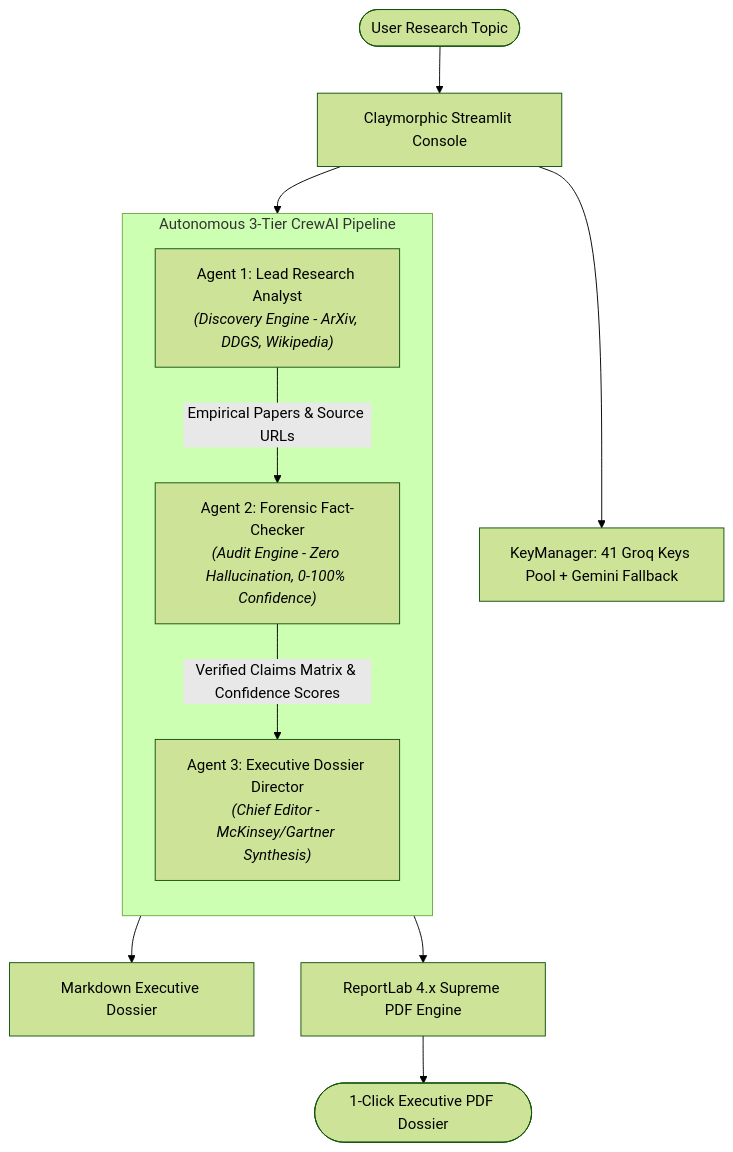
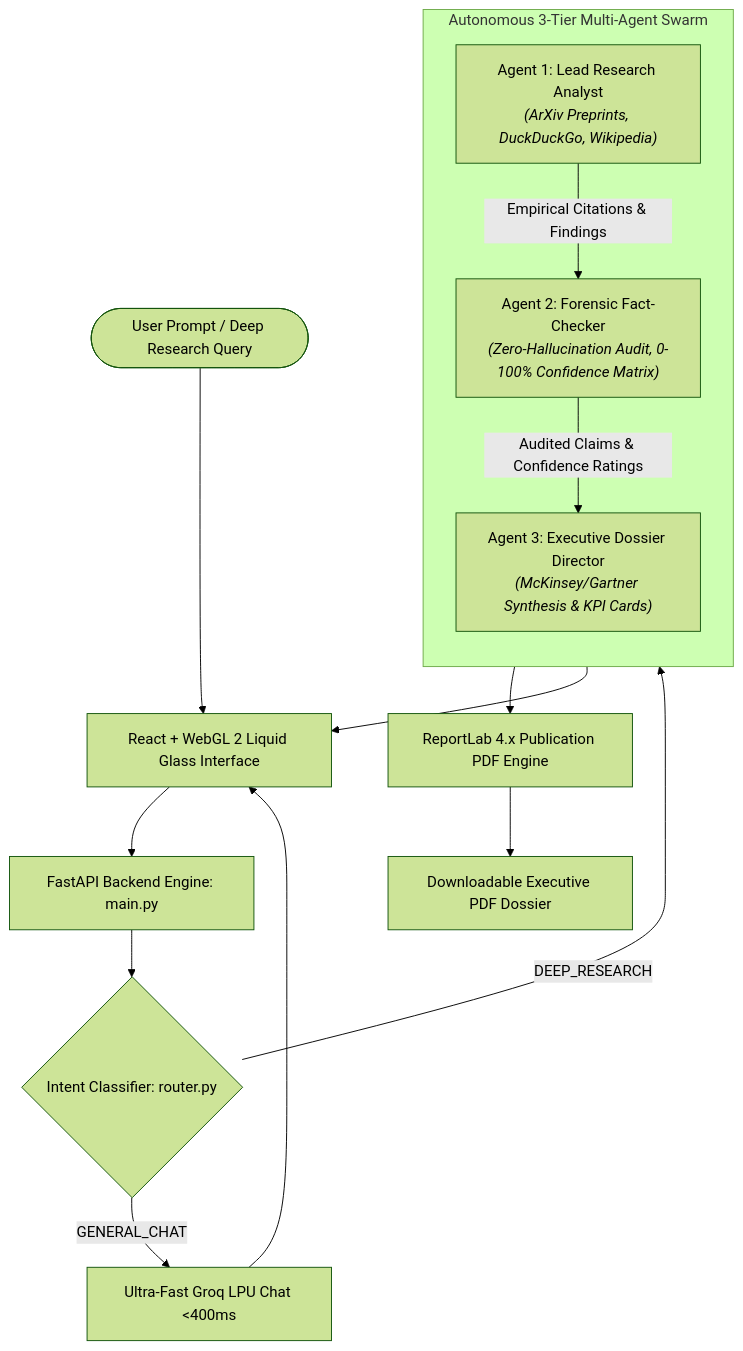
Before and after one commit to devanshd07o/HCL_VERAXIS_DEVANSH: the diagram in README.md, drawn with Mermaid (forest theme). The commit also changed other lines of this file and 23 other files, not shown here.

Commit message:
refactor(arch): adopt industry standard monorepo with backend, frontend, assets, helper, test suite, and unified main launcher

````diff
--- a/README.md
+++ b/README.md
@@ -24,20 +19,26 @@
 ```mermaid
 flowchart TD
-    User([User Research Topic]) --> Console[Claymorphic Streamlit Console]
-    Console --> KeyMgr[KeyManager: 41 Groq Keys Pool + Gemini Fallback]
+    User([User Prompt / Deep Research Query]) --> UI[React + WebGL 2 Liquid Glass Interface]
+    UI --> FastAPIEngine[FastAPI Backend Engine: main.py]
     
-    subgraph MultiAgentCrew [Autonomous 3-Tier CrewAI Pipeline]
+    FastAPIEngine --> Router{Intent Classifier: router.py}
+    
+    Router -->|GENERAL_CHAT| FastChat[Ultra-Fast Groq LPU Chat <400ms]
+    FastChat --> UI
+    
+    Router -->|DEEP_RESEARCH| MultiAgentCrew[Autonomous 3-Tier CrewAI Pipeline]
+    
+    subgraph MultiAgentCrew [Autonomous 3-Tier Multi-Agent Swarm]
         direction TB
-        Agent1["Agent 1: Lead Research Analyst<br/><i>(Discovery Engine - ArXiv, DDGS, Wikipedia)</i>"]
-        Agent2["Agent 2: Forensic Fact-Checker<br/><i>(Audit Engine - Zero Hallucination, 0-100% Confidence)</i>"]
-        Agent3["Agent 3: Executive Dossier Director<br/><i>(Chief Editor - McKinsey/Gartner Synthesis)</i>"]
+        A1["Agent 1: Lead Research Analyst<br/><i>(ArXiv Preprints, DuckDuckGo, Wikipedia)</i>"]
+        A2["Agent 2: Forensic Fact-Checker<br/><i>(Zero-Hallucination Audit, 0-100% Confidence Matrix)</i>"]
+        A3["Agent 3: Executive Dossier Director<br/><i>(McKinsey/Gartner Synthesis & KPI Cards)</i>"]
         
-        Agent1 -->|Empirical Papers & Source URLs| Agent2
-        Agent2 -->|Verified Claims Matrix & Confidence Scores| Agent3
+        A1 -->|Empirical Citations & Findings| A2
+        A2 -->|Audited Claims & Confidence Ratings| A3
     end
     
-    Console --> MultiAgentCrew
-    Agent3 --> DossierOutput[Markdown Executive Dossier]
-    Agent3 --> PDFEngine[ReportLab 4.x Supreme PDF Engine]
-    PDFEngine --> PDFDownload([1-Click Executive PDF Dossier])
+    A3 --> PDFGen[ReportLab 4.x Publication PDF Engine]
+    PDFGen --> PDFArtifact[Downloadable Executive PDF Dossier]
+    A3 --> UI
 ```
````
